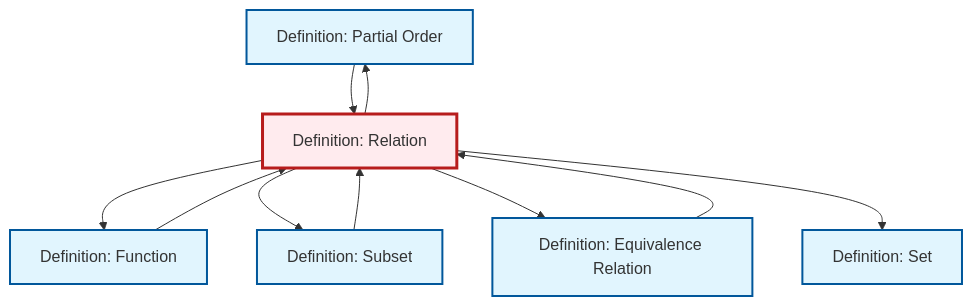
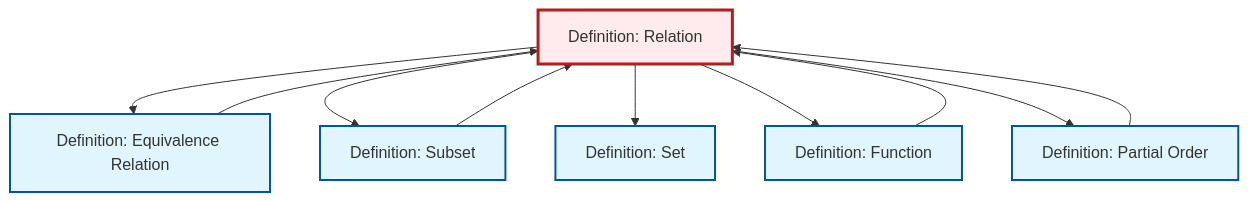
Before and after one commit to RK0429/ModernMath: the diagram in content/en/logic-set-theory/def-relation.qmd, drawn with Mermaid. The commit also changed other lines of this file and 619 other files, not shown here.

````diff
--- a/content/en/logic-set-theory/def-relation.qmd
+++ b/content/en/logic-set-theory/def-relation.qmd
@@ -90,30 +90,30 @@
 ```{mermaid}
 %%| fig-cap: "Local dependency graph"
 graph TD
     classDef definition fill:#e1f5fe,stroke:#01579b,stroke-width:2px
     classDef theorem fill:#f3e5f5,stroke:#4a148c,stroke-width:2px
     classDef axiom fill:#fff3e0,stroke:#e65100,stroke-width:2px
     classDef example fill:#e8f5e9,stroke:#1b5e20,stroke-width:2px
     classDef current fill:#ffebee,stroke:#b71c1c,stroke-width:3px
+    def-relation["Definition: Relation"]:::definition
+    def-set["Definition: Set"]:::definition
     def-partial-order["Definition: Partial Order"]:::definition
+    def-equivalence-relation["Definition: Equivalence Relation"]:::definition
     def-subset["Definition: Subset"]:::definition
-    def-equivalence-relation["Definition: Equivalence Relation"]:::definition
     def-function["Definition: Function"]:::definition
-    def-set["Definition: Set"]:::definition
-    def-relation["Definition: Relation"]:::definition
+    def-relation --> def-equivalence-relation
+    def-relation --> def-subset
+    def-relation --> def-set
+    def-partial-order --> def-relation
+    def-equivalence-relation --> def-relation
+    def-subset --> def-relation
+    def-relation --> def-function
     def-relation --> def-partial-order
     def-function --> def-relation
-    def-relation --> def-function
-    def-partial-order --> def-relation
-    def-relation --> def-subset
-    def-subset --> def-relation
-    def-relation --> def-equivalence-relation
-    def-relation --> def-set
-    def-equivalence-relation --> def-relation
     class def-relation current
+    click def-set "def-set.html" "Go to Set definition"
     click def-partial-order "def-partial-order.html" "Go to Partial Order definition"
+    click def-equivalence-relation "def-equivalence-relation.html" "Go to Equivalence Relation definition"
     click def-subset "def-subset.html" "Go to Subset definition"
-    click def-equivalence-relation "def-equivalence-relation.html" "Go to Equivalence Relation definition"
     click def-function "def-function.html" "Go to Function definition"
-    click def-set "def-set.html" "Go to Set definition"
 ```
````
